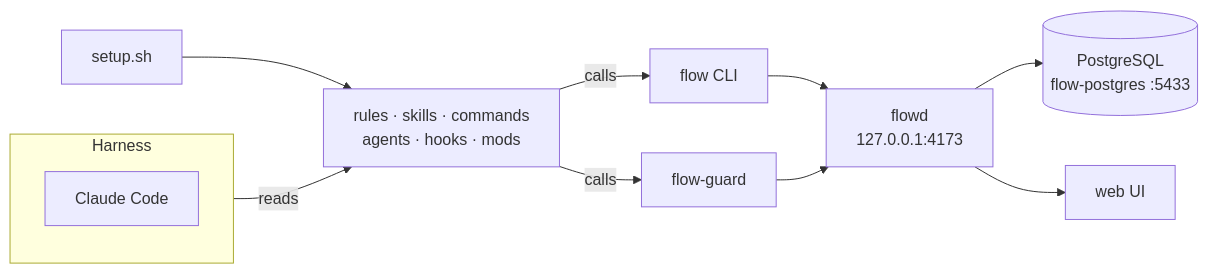
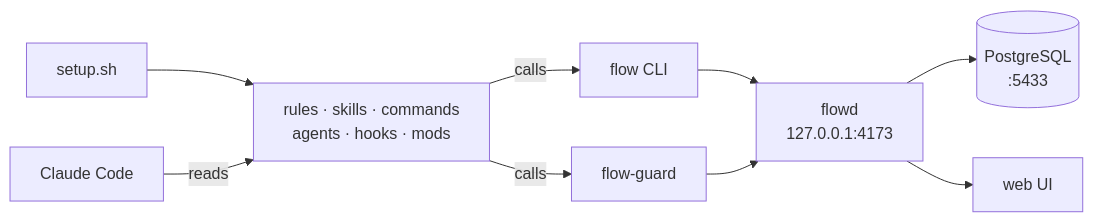
One commit to tweety53/agents changed the diagram in README.md. Above: the diagram before and after it, drawn with Mermaid. The commit also changed other lines of this file, not shown here.

````diff
--- a/README.md
+++ b/README.md
@@ -29,14 +28,11 @@
 ```mermaid
 flowchart LR
-    subgraph H ["Harness"]
-        cc["Claude Code"]
-    end
     setup["setup.sh"] --> inst["rules · skills · commands<br/>agents · hooks · mods"]
-    H -- reads --> inst
+    cc["Claude Code"] -- reads --> inst
     inst -- calls --> cli["flow CLI"]
     inst -- calls --> fg["flow-guard"]
     cli --> flowd["flowd<br/>127.0.0.1:4173"]
     fg --> flowd
-    flowd --> pg[("PostgreSQL<br/>flow-postgres :5433")]
+    flowd --> pg[("PostgreSQL<br/>:5433")]
     flowd --> ui["web UI"]
 ```
````
